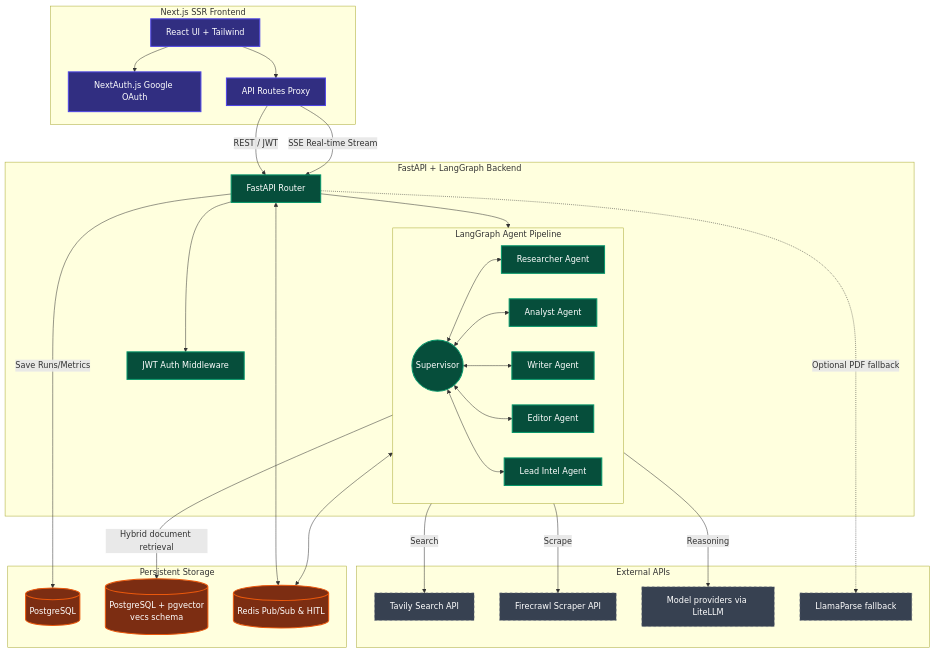
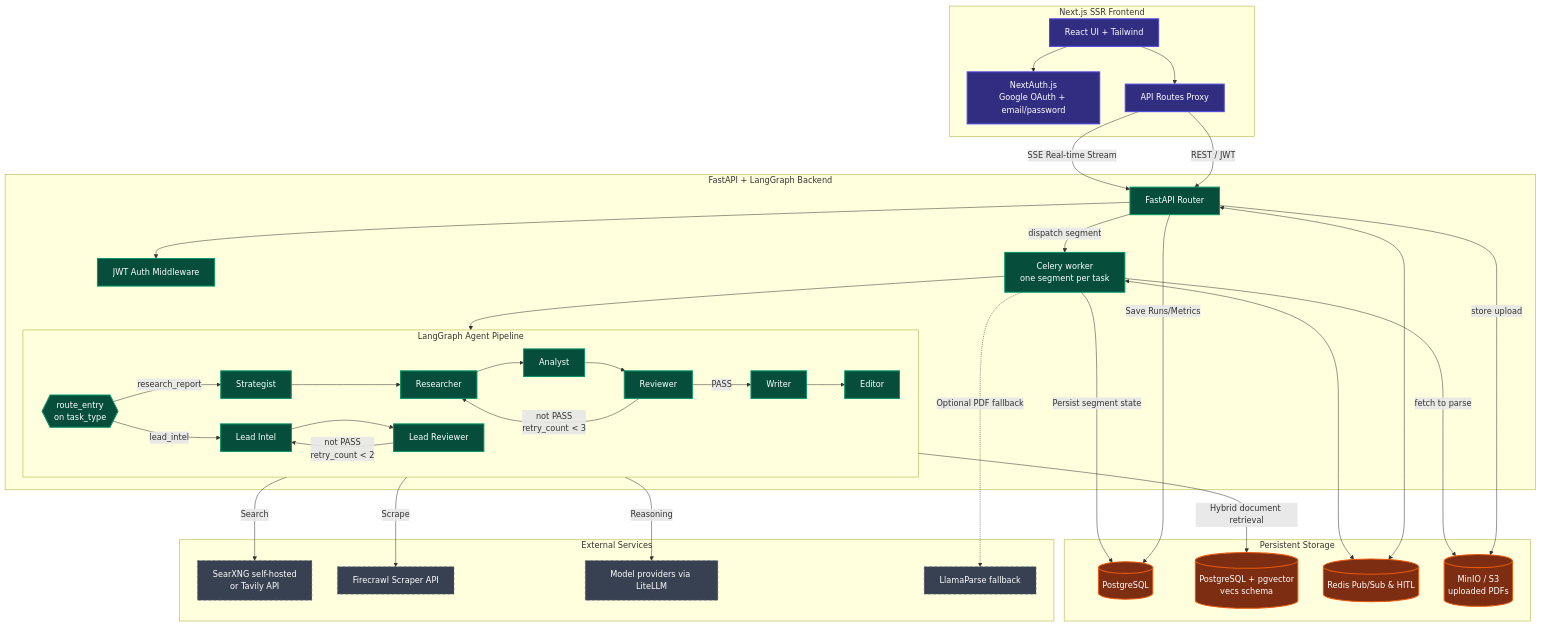
Before and after one commit to befikadusata/agentic-research-factory: the diagram in docs/architecture.md, drawn with Mermaid. The commit also changed other lines of this file and 8 other files, not shown here.

````diff
--- a/docs/architecture.md
+++ b/docs/architecture.md
@@ -19,7 +19,7 @@
     %% Frontend
     subgraph Frontend [Next.js SSR Frontend]
         UI[React UI + Tailwind]:::frontend
-        Auth[NextAuth.js Google OAuth]:::frontend
+        Auth[NextAuth.js<br/>Google OAuth + email/password]:::frontend
         API_Route[API Routes Proxy]:::frontend
         UI --> Auth
         UI --> API_Route
@@ -29,24 +29,36 @@
     subgraph Backend [FastAPI + LangGraph Backend]
         API[FastAPI Router]:::backend
         Auth_MW[JWT Auth Middleware]:::backend
+        Worker[Celery worker<br/>one segment per task]:::backend
         API --> Auth_MW
-        
+
         subgraph Graph [LangGraph Agent Pipeline]
-            Supervisor((Supervisor)):::backend
-            Researcher[Researcher Agent]:::backend
-            Analyst[Analyst Agent]:::backend
-            Writer[Writer Agent]:::backend
-            Editor[Editor Agent]:::backend
-            LeadIntel[Lead Intel Agent]:::backend
-            
-            Supervisor <--> Researcher
-            Supervisor <--> Analyst
-            Supervisor <--> Writer
-            Supervisor <--> Editor
-            Supervisor <--> LeadIntel
+            Entry{{"route_entry<br/>on task_type"}}:::backend
+            Plan[Strategist]:::backend
+            Researcher[Researcher]:::backend
+            Analyst[Analyst]:::backend
+            Reviewer[Reviewer]:::backend
+            Writer[Writer]:::backend
+            Editor[Editor]:::backend
+            LeadIntel[Lead Intel]:::backend
+            LeadReviewer[Lead Reviewer]:::backend
+
+            Entry -- "research_report" --> Plan
+            Entry -- "lead_intel" --> LeadIntel
+
+            Plan --> Researcher
+            Researcher --> Analyst
+            Analyst --> Reviewer
+            Reviewer -- "PASS" --> Writer
+            Reviewer -- "not PASS<br/>retry_count &lt; 3" --> Researcher
+            Writer --> Editor
+
+            LeadIntel --> LeadReviewer
+            LeadReviewer -- "not PASS<br/>retry_count &lt; 2" --> LeadIntel
         end
-        
-        API --> Graph
+
+        API -- "dispatch segment" --> Worker
+        Worker --> Graph
     end
 
     %% Database
@@ -54,11 +66,12 @@
         PG[(PostgreSQL)]:::db
         VectorDB[(PostgreSQL + pgvector<br/>vecs schema)]:::db
         Redis[(Redis Pub/Sub & HITL)]:::db
+        Files[(MinIO / S3<br/>uploaded PDFs)]:::db
     end
 
     %% External Services
-    subgraph External [External APIs]
-        Tavily[Tavily Search API]:::external
+    subgraph External [External Services]
+        WebSearch[SearXNG self-hosted<br/>or Tavily API]:::external
         Firecrawl[Firecrawl Scraper API]:::external
         LLM[Model providers via LiteLLM]:::external
         LlamaParse[LlamaParse fallback]:::external
@@ -67,14 +80,17 @@
     %% Connections
     API_Route -- "REST / JWT" --> API
     API_Route -- "SSE Real-time Stream" --> API
-    
-    Graph -- "Search" --> Tavily
+
+    Graph -- "Search" --> WebSearch
     Graph -- "Scrape" --> Firecrawl
     Graph -- "Reasoning" --> LLM
-    API -. "Optional PDF fallback" .-> LlamaParse
     Graph -- "Hybrid document retrieval" --> VectorDB
-    
+    Worker -. "Optional PDF fallback" .-> LlamaParse
+
+    API -- "store upload" --> Files
+    Worker -- "fetch to parse" --> Files
     API -- "Save Runs/Metrics" --> PG
+    Worker -- "Persist segment state" --> PG
     API <--> Redis
-    Graph <--> Redis
+    Worker <--> Redis
 ```
````
